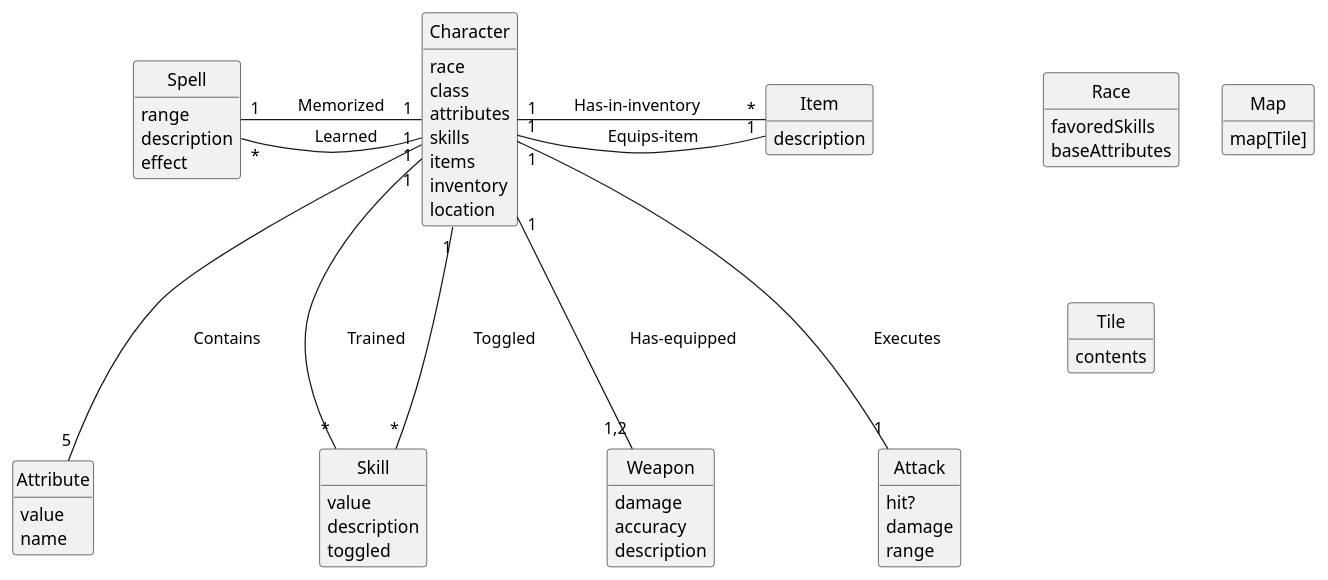
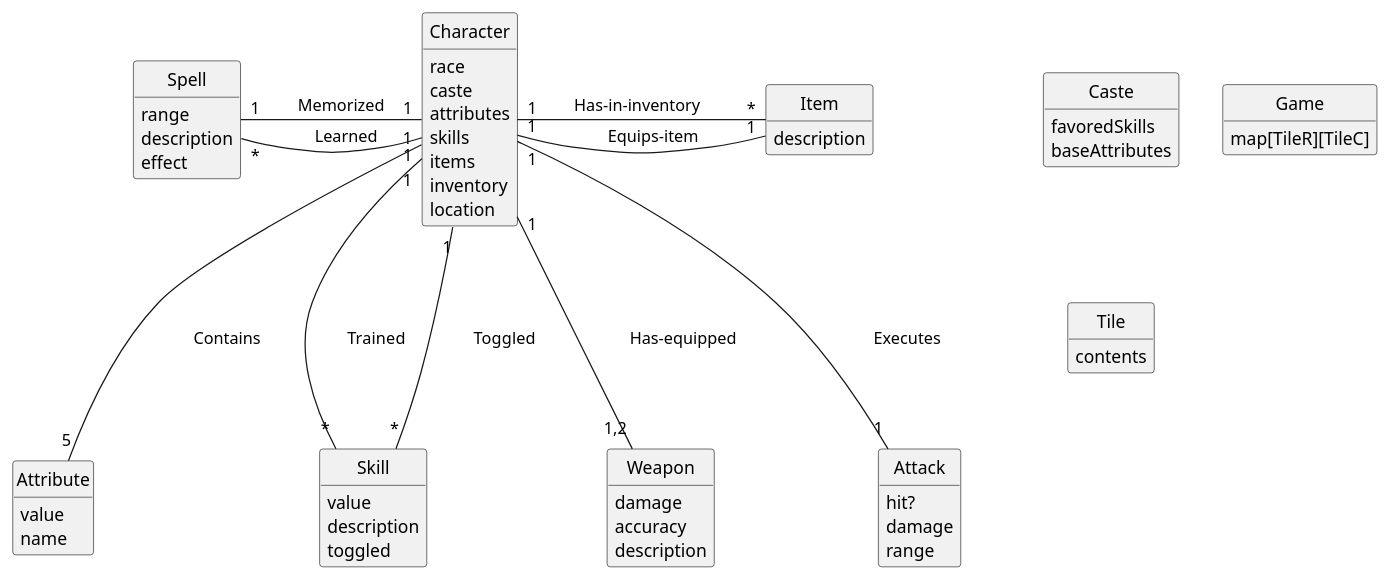
One commit to dgoldman30/Dungeon_Crawler changed the first of 7 diagrams in doc/design.md. Above: the diagram before and after it, drawn with PlantUML. The commit also changed other lines of this file and 1 other file, not shown here.

````diff
--- a/doc/design.md
+++ b/doc/design.md
@@ -2,5 +2,4 @@
 ```plantuml
-
 @startuml
 
 hide circle
@@ -9,7 +8,7 @@
 'classes
 class Character {
     race
-    class
+    caste
     attributes
     skills
     items
@@ -17,7 +16,7 @@
     location
 }
 
-class Race {
+class Caste {
     favoredSkills
     baseAttributes
 }
@@ -55,8 +54,8 @@
     range
 }
 
-class Map {
-    map[Tile]
+class Game {
+    map[TileR][TileC]
 }
 
 class Tile {
@@ -83,4 +82,5 @@
 
 
 @enduml
+
 ```
````
